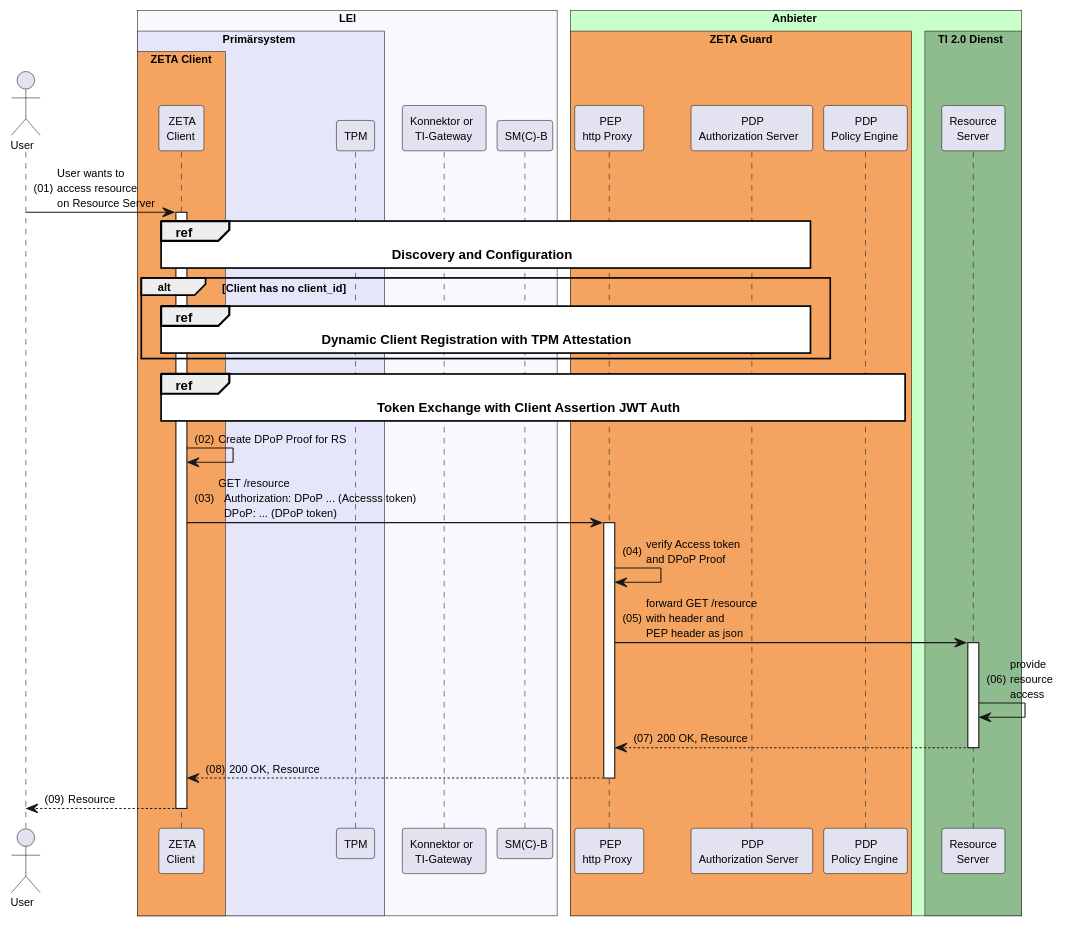
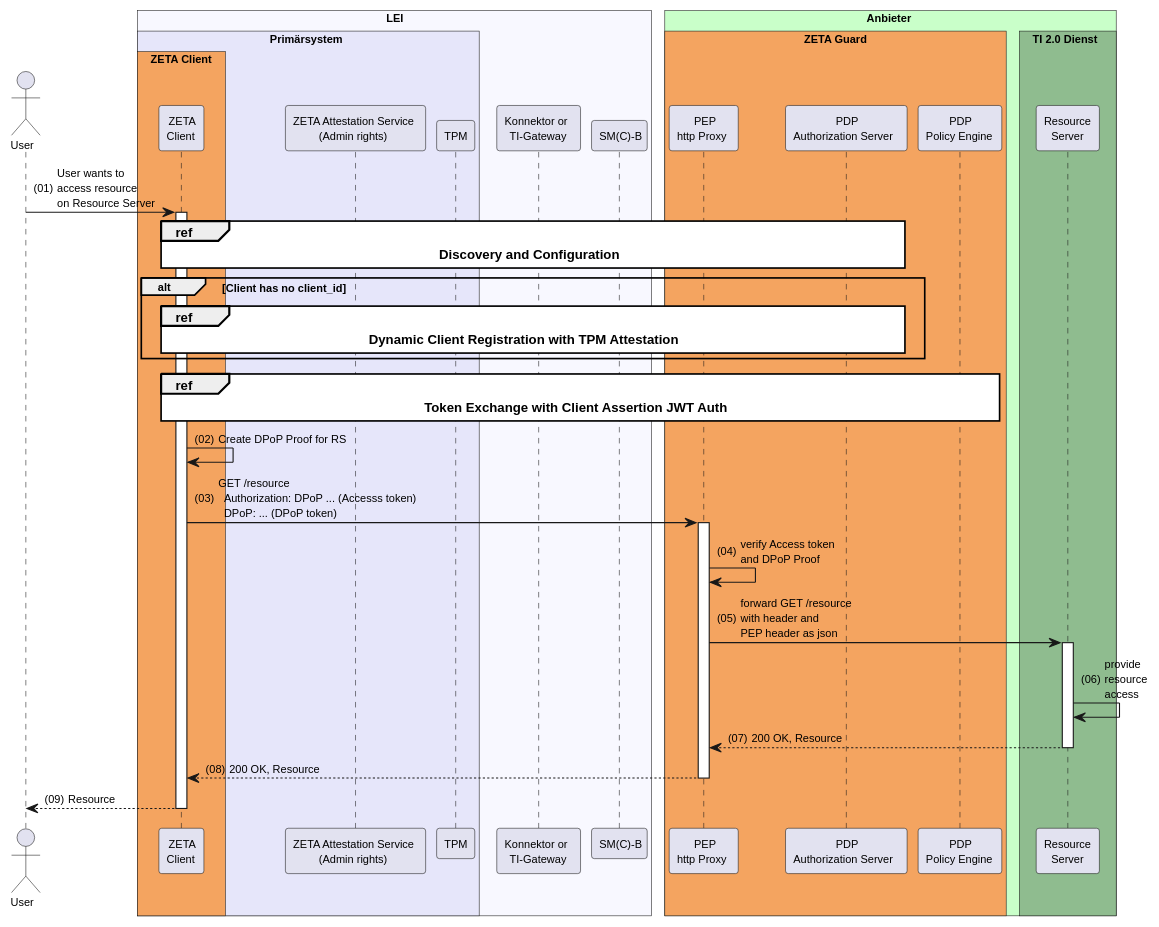
The diagram in src/plantuml/tpm-attestation-and-token-exchange/tpm-attestation-and-token-exchange-overview.puml (gematik/spec-t20r), drawn with PlantUML before and after one commit. The commit also changed 1 other file, not shown here.

Commit message:
Add ZETA Attestation Service participant to overview diagram

```diff
--- a/src/plantuml/tpm-attestation-and-token-exchange/tpm-attestation-and-token-exchange-overview.puml
+++ b/src/plantuml/tpm-attestation-and-token-exchange/tpm-attestation-and-token-exchange-overview.puml
@@ -1,58 +1,59 @@
 @startuml "tpm-attestation-and-token-exchange-overview"
 autonumber "(00)"
 skinparam defaultFontSize 10
 skinparam defaultFontName Helvetica
 skinparam DefaultMonospacedFontName Courier
 skinparam lengthAdjust none
 skinparam sequenceReferenceBackgroundColor White
 skinparam SequenceReferenceFontSize 12
 /'skinparam SequenceReferenceFontStyle bold
 '/
 
 !pragma teoz true
 
 Actor User
 box "LEI" #GhostWhite
   box "Primärsystem" #Lavender
     box "ZETA Client" #SandyBrown
       participant Client as "ZETA\nClient"
     end box
+    participant ZAS as "ZETA Attestation Service\n(Admin rights)"
     participant TPM as "TPM"
   end box
   participant Konnektor as "Konnektor or\nTI-Gateway"
   participant SMB as "SM(C)-B"
 end box
 
 box "Anbieter" #TECHNOLOGY
   box "ZETA Guard" #SandyBrown
     participant HP as "PEP\nhttp Proxy"
     participant AuthS as "PDP\nAuthorization Server" 
     participant PE as "PDP\nPolicy Engine"
   end box
     box TI 2.0 Dienst #DarkSeaGreen
       participant RS as "Resource\nServer"
     end box
 end box
 
 User -> Client ++ : User wants to\naccess resource\non Resource Server
 
 ref over Client, HP, AuthS: **Discovery and Configuration**
 alt Client has no client_id
     ref over Client, AuthS: **Dynamic Client Registration with TPM Attestation**
 end
 
 ref over Client, AuthS, PE: **Token Exchange with Client Assertion JWT Auth**
 
 Client -> Client: Create DPoP Proof for RS
 Client -> HP ++ : GET /resource\n\
   Authorization: DPoP ... (Accesss token)\n\
   DPoP: ... (DPoP token)
 HP -> HP: verify Access token\nand DPoP Proof
 HP -> RS ++ : forward GET /resource\n\
 with header and\nPEP header as json
 RS -> RS: provide\nresource\naccess
 RS --> HP -- : 200 OK, Resource
 HP --> Client -- : 200 OK, Resource
 Client --> User -- : Resource
 
 @enduml
```
